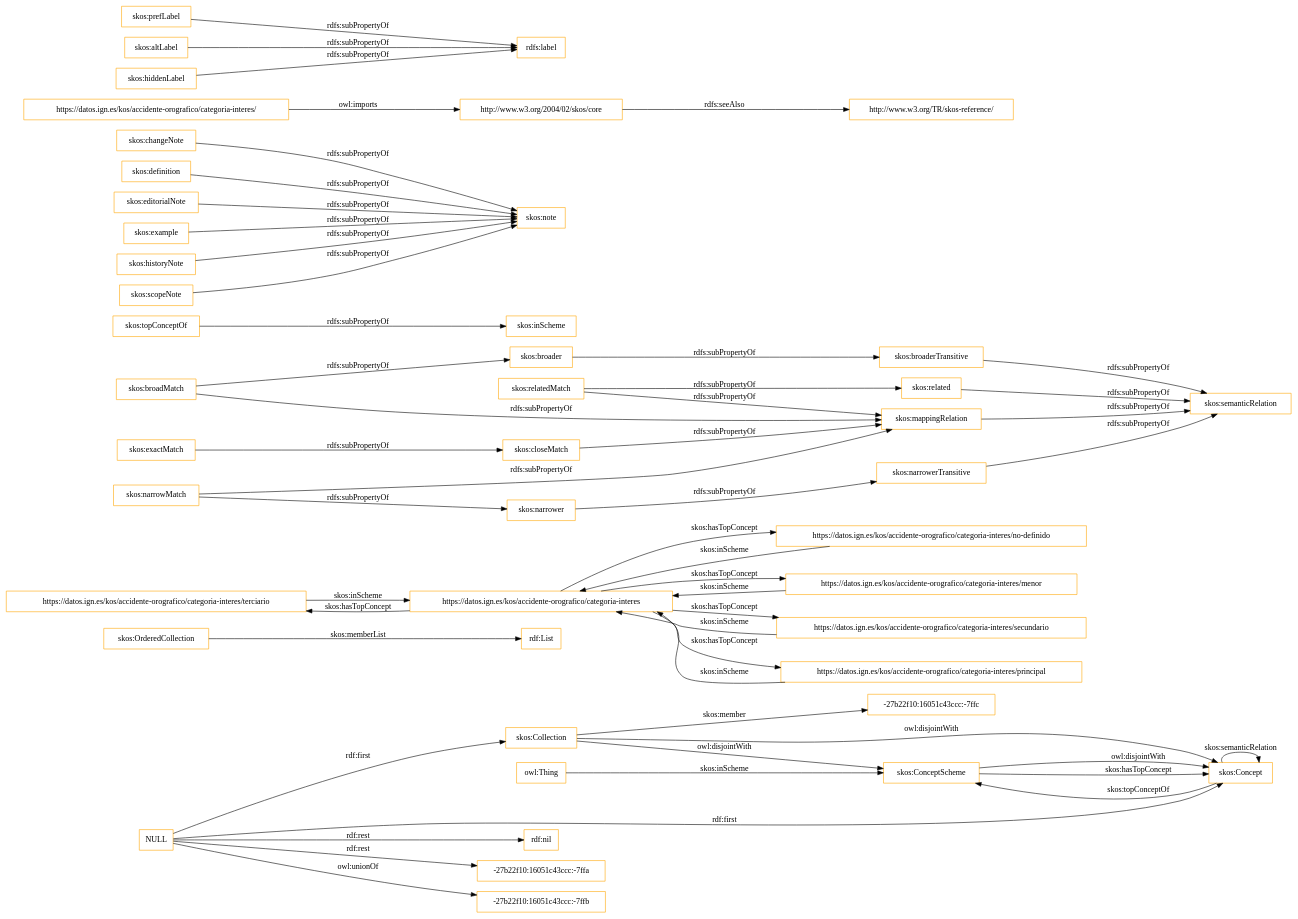
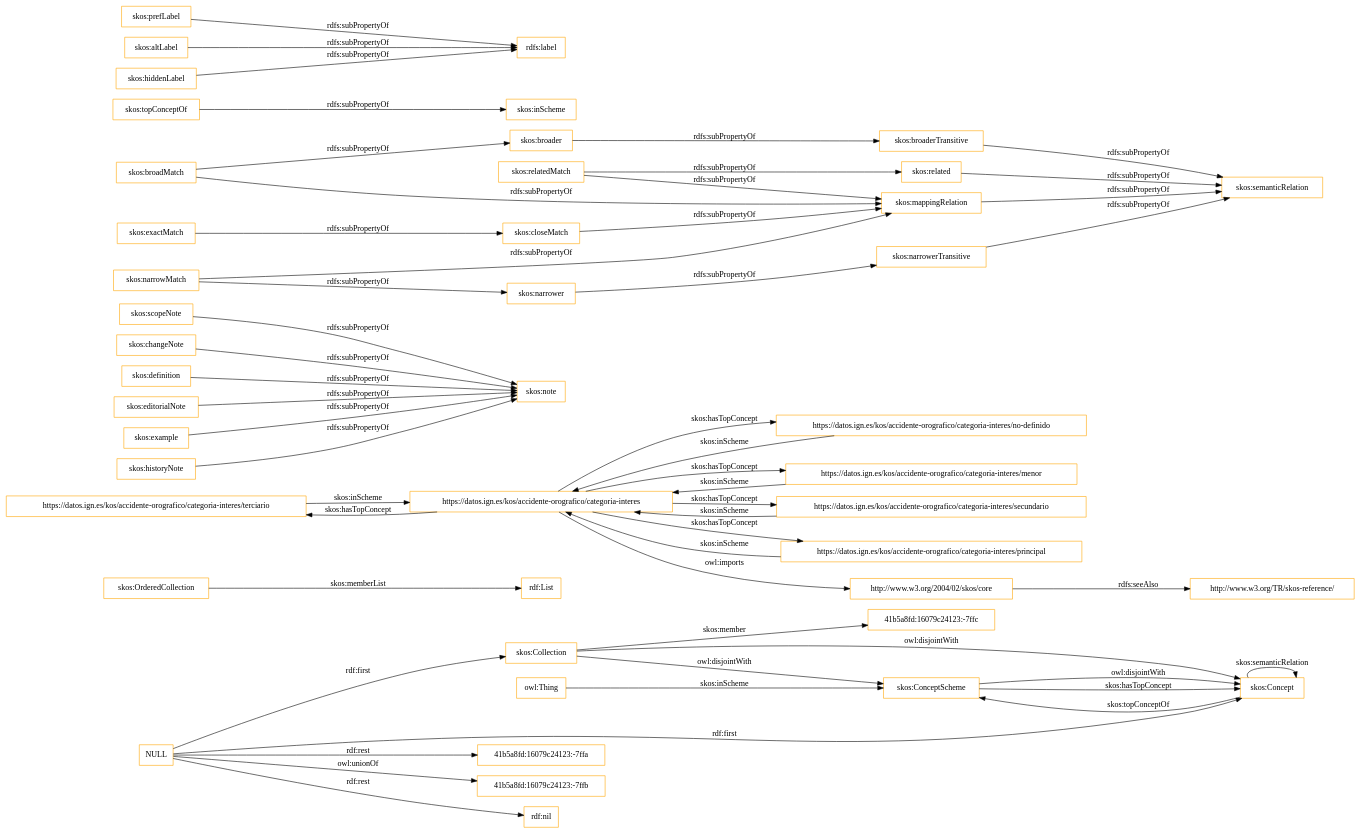
One commit to oeg-upm/ontology-BTN100 changed the diagram in OnToology/thesaurus/categoria-interes.owl/diagrams/ar2dtool-class/categoria-interes.owl.png.dot. Above: the diagram before and after it, drawn with Graphviz. The commit also changed 104 other files, not shown here.

```diff
--- a/OnToology/thesaurus/categoria-interes.owl/diagrams/ar2dtool-class/categoria-interes.owl.png.dot
+++ b/OnToology/thesaurus/categoria-interes.owl/diagrams/ar2dtool-class/categoria-interes.owl.png.dot
@@ -1,56 +1,56 @@
 digraph ar2dtool_diagram { 
 rankdir=LR;
 size="1501"
-node [shape = rectangle, color="orange"]; "-27b22f10:16051c43ccc:-7ffc" "skos:OrderedCollection" "skos:Collection" "skos:ConceptScheme" "skos:Concept" ; /*classes style*/
+node [shape = rectangle, color="orange"]; "41b5a8fd:16079c24123:-7ffc" "skos:OrderedCollection" "skos:Collection" "skos:ConceptScheme" "skos:Concept" ; /*classes style*/
 	"https://datos.ign.es/kos/accidente-orografico/categoria-interes/terciario" -> "https://datos.ign.es/kos/accidente-orografico/categoria-interes" [ label = "skos:inScheme" ];
-	"NULL" -> "rdf:nil" [ label = "rdf:rest" ];
-	"NULL" -> "skos:Collection" [ label = "rdf:first" ];
-	"NULL" -> "-27b22f10:16051c43ccc:-7ffa" [ label = "rdf:rest" ];
-	"NULL" -> "skos:Concept" [ label = "rdf:first" ];
-	"NULL" -> "-27b22f10:16051c43ccc:-7ffb" [ label = "owl:unionOf" ];
+	"skos:scopeNote" -> "skos:note" [ label = "rdfs:subPropertyOf" ];
 	"skos:closeMatch" -> "skos:mappingRelation" [ label = "rdfs:subPropertyOf" ];
 	"https://datos.ign.es/kos/accidente-orografico/categoria-interes/no-definido" -> "https://datos.ign.es/kos/accidente-orografico/categoria-interes" [ label = "skos:inScheme" ];
 	"skos:relatedMatch" -> "skos:related" [ label = "rdfs:subPropertyOf" ];
 	"skos:relatedMatch" -> "skos:mappingRelation" [ label = "rdfs:subPropertyOf" ];
 	"skos:ConceptScheme" -> "skos:Concept" [ label = "owl:disjointWith" ];
 	"skos:related" -> "skos:semanticRelation" [ label = "rdfs:subPropertyOf" ];
 	"skos:topConceptOf" -> "skos:inScheme" [ label = "rdfs:subPropertyOf" ];
 	"skos:broadMatch" -> "skos:broader" [ label = "rdfs:subPropertyOf" ];
 	"skos:broadMatch" -> "skos:mappingRelation" [ label = "rdfs:subPropertyOf" ];
 	"skos:changeNote" -> "skos:note" [ label = "rdfs:subPropertyOf" ];
 	"skos:definition" -> "skos:note" [ label = "rdfs:subPropertyOf" ];
 	"skos:editorialNote" -> "skos:note" [ label = "rdfs:subPropertyOf" ];
 	"skos:example" -> "skos:note" [ label = "rdfs:subPropertyOf" ];
-	"https://datos.ign.es/kos/accidente-orografico/categoria-interes/" -> "http://www.w3.org/2004/02/skos/core" [ label = "owl:imports" ];
 	"skos:historyNote" -> "skos:note" [ label = "rdfs:subPropertyOf" ];
 	"skos:exactMatch" -> "skos:closeMatch" [ label = "rdfs:subPropertyOf" ];
 	"skos:prefLabel" -> "rdfs:label" [ label = "rdfs:subPropertyOf" ];
 	"skos:altLabel" -> "rdfs:label" [ label = "rdfs:subPropertyOf" ];
 	"https://datos.ign.es/kos/accidente-orografico/categoria-interes/menor" -> "https://datos.ign.es/kos/accidente-orografico/categoria-interes" [ label = "skos:inScheme" ];
 	"skos:broaderTransitive" -> "skos:semanticRelation" [ label = "rdfs:subPropertyOf" ];
 	"skos:mappingRelation" -> "skos:semanticRelation" [ label = "rdfs:subPropertyOf" ];
 	"skos:broader" -> "skos:broaderTransitive" [ label = "rdfs:subPropertyOf" ];
+	"https://datos.ign.es/kos/accidente-orografico/categoria-interes" -> "https://datos.ign.es/kos/accidente-orografico/categoria-interes/menor" [ label = "skos:hasTopConcept" ];
+	"https://datos.ign.es/kos/accidente-orografico/categoria-interes" -> "https://datos.ign.es/kos/accidente-orografico/categoria-interes/no-definido" [ label = "skos:hasTopConcept" ];
+	"https://datos.ign.es/kos/accidente-orografico/categoria-interes" -> "https://datos.ign.es/kos/accidente-orografico/categoria-interes/secundario" [ label = "skos:hasTopConcept" ];
 	"https://datos.ign.es/kos/accidente-orografico/categoria-interes" -> "https://datos.ign.es/kos/accidente-orografico/categoria-interes/terciario" [ label = "skos:hasTopConcept" ];
-	"https://datos.ign.es/kos/accidente-orografico/categoria-interes" -> "https://datos.ign.es/kos/accidente-orografico/categoria-interes/secundario" [ label = "skos:hasTopConcept" ];
 	"https://datos.ign.es/kos/accidente-orografico/categoria-interes" -> "https://datos.ign.es/kos/accidente-orografico/categoria-interes/principal" [ label = "skos:hasTopConcept" ];
-	"https://datos.ign.es/kos/accidente-orografico/categoria-interes" -> "https://datos.ign.es/kos/accidente-orografico/categoria-interes/no-definido" [ label = "skos:hasTopConcept" ];
-	"https://datos.ign.es/kos/accidente-orografico/categoria-interes" -> "https://datos.ign.es/kos/accidente-orografico/categoria-interes/menor" [ label = "skos:hasTopConcept" ];
+	"https://datos.ign.es/kos/accidente-orografico/categoria-interes" -> "http://www.w3.org/2004/02/skos/core" [ label = "owl:imports" ];
 	"https://datos.ign.es/kos/accidente-orografico/categoria-interes/principal" -> "https://datos.ign.es/kos/accidente-orografico/categoria-interes" [ label = "skos:inScheme" ];
 	"skos:hiddenLabel" -> "rdfs:label" [ label = "rdfs:subPropertyOf" ];
 	"http://www.w3.org/2004/02/skos/core" -> "http://www.w3.org/TR/skos-reference/" [ label = "rdfs:seeAlso" ];
 	"skos:Collection" -> "skos:ConceptScheme" [ label = "owl:disjointWith" ];
 	"skos:Collection" -> "skos:Concept" [ label = "owl:disjointWith" ];
 	"skos:narrowMatch" -> "skos:narrower" [ label = "rdfs:subPropertyOf" ];
 	"skos:narrowMatch" -> "skos:mappingRelation" [ label = "rdfs:subPropertyOf" ];
 	"skos:narrower" -> "skos:narrowerTransitive" [ label = "rdfs:subPropertyOf" ];
 	"https://datos.ign.es/kos/accidente-orografico/categoria-interes/secundario" -> "https://datos.ign.es/kos/accidente-orografico/categoria-interes" [ label = "skos:inScheme" ];
-	"skos:scopeNote" -> "skos:note" [ label = "rdfs:subPropertyOf" ];
 	"skos:narrowerTransitive" -> "skos:semanticRelation" [ label = "rdfs:subPropertyOf" ];
+	"NULL" -> "41b5a8fd:16079c24123:-7ffa" [ label = "rdf:rest" ];
+	"NULL" -> "skos:Concept" [ label = "rdf:first" ];
+	"NULL" -> "41b5a8fd:16079c24123:-7ffb" [ label = "owl:unionOf" ];
+	"NULL" -> "rdf:nil" [ label = "rdf:rest" ];
+	"NULL" -> "skos:Collection" [ label = "rdf:first" ];
 	"skos:OrderedCollection" -> "rdf:List" [ label = "skos:memberList" ];
 	"skos:Concept" -> "skos:ConceptScheme" [ label = "skos:topConceptOf" ];
 	"skos:Concept" -> "skos:Concept" [ label = "skos:semanticRelation" ];
-	"skos:Collection" -> "-27b22f10:16051c43ccc:-7ffc" [ label = "skos:member" ];
+	"skos:Collection" -> "41b5a8fd:16079c24123:-7ffc" [ label = "skos:member" ];
 	"skos:ConceptScheme" -> "skos:Concept" [ label = "skos:hasTopConcept" ];
 	"owl:Thing" -> "skos:ConceptScheme" [ label = "skos:inScheme" ];
 
 }
```
